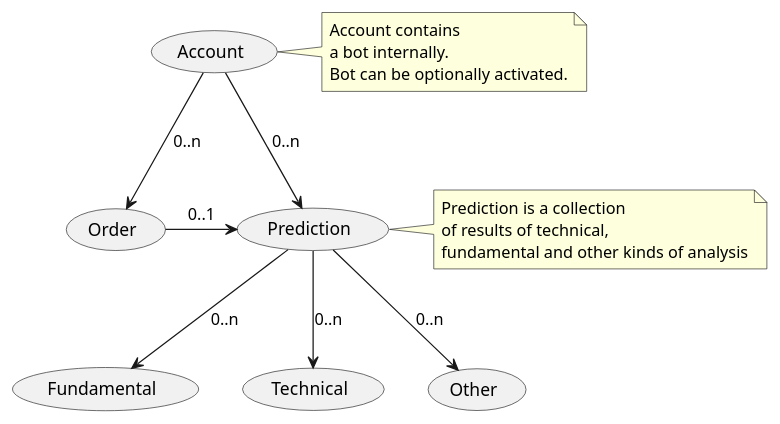
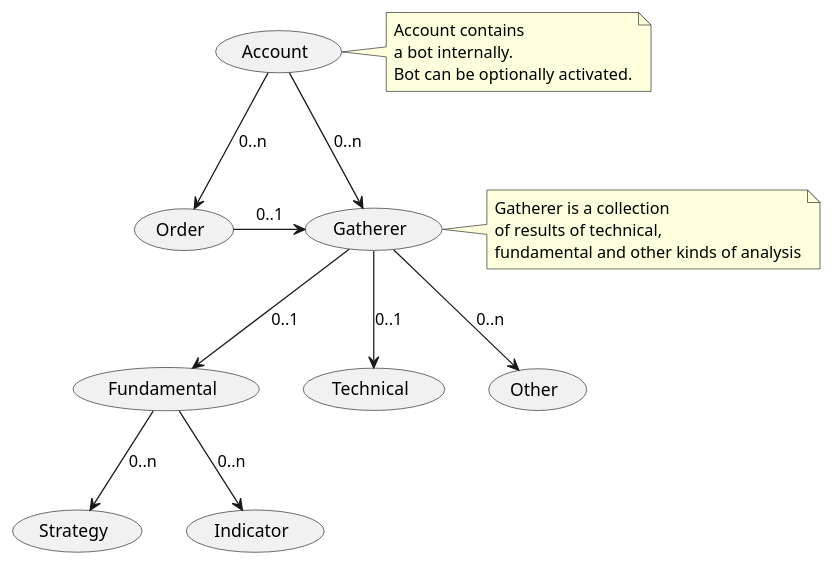
The diagram in aggregates.puml (R-tooR/tradebot-game-concept), drawn with PlantUML before and after one commit. The commit also changed 5 other files, not shown here.

Commit message:
Introduce new Aggregates, rename 'Prediction' to 'Gatherer'

```diff
--- a/aggregates.puml
+++ b/aggregates.puml
@@ -1,35 +1,39 @@
 @startuml
 'https://plantuml.com/use-case-diagram
 
-(Prediction) as (Pred)
+(Gatherer) as (Gath)
 (Order) as (Ord)
 (Fundamental) as (Fund)
 (Technical) as (Tech)
 (Account) as (Acc)
 (Other) as (Othr)
+(Strategy) as (Str)
+(Indicator) as (Ind)
 
-(Pred) --> (Tech) : 0..n
-(Pred) --> (Fund) : 0..n
-(Pred) --> (Othr) : 0..n
-(Ord) -> (Pred) : 0..1
-(Acc) --> (Pred) : 0..n
+(Gath) --> (Tech) : 0..1
+(Gath) --> (Fund) : 0..1
+(Gath) --> (Othr) : 0..n
+(Ord) -> (Gath) : 0..1
+(Acc) --> (Gath) : 0..n
 (Acc) --> (Ord) : 0..n
+(Fund) --> (Str) : 0..n
+(Fund) --> (Ind) : 0..n
 
 note right of (Acc)
   Account contains
   a bot internally.
   Bot can be optionally activated.
 end note
 
-note right of (Pred)
-  Prediction is a collection
+note right of (Gath)
+  Gatherer is a collection
   of results of technical,
   fundamental and other kinds of analysis
 end note
 
 'Admin ---> (Use) : 0to1
 
 'note "This note is connected\nto several objects." as N2
 '(Start) .. N2
 'N2 .. (Use)
 @enduml
```
